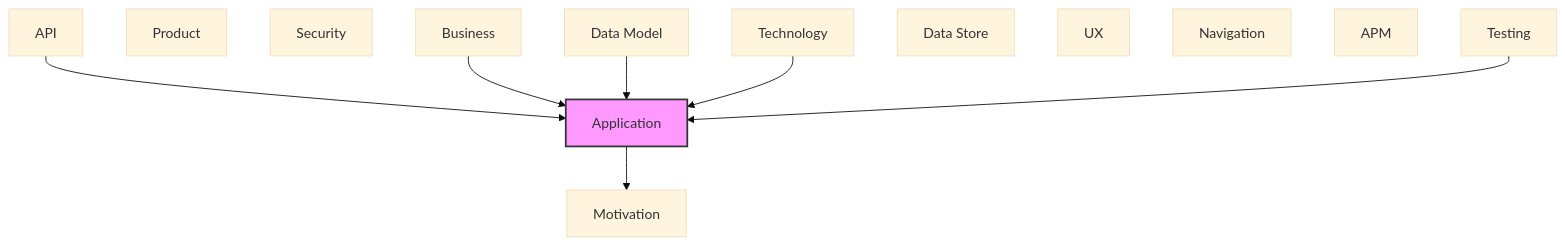
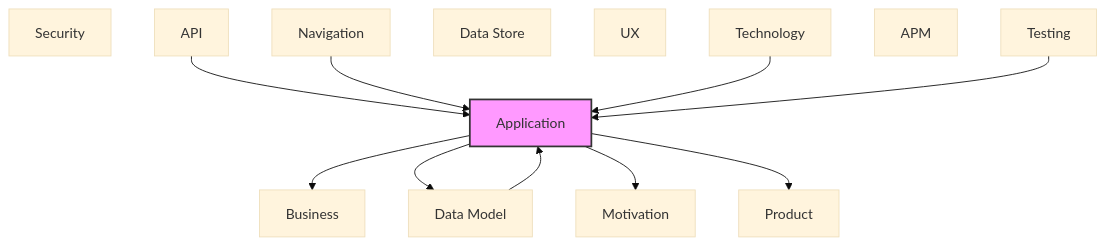
One commit to tinkermonkey/heimdall changed the diagram in documentation-robotics/reports/05-application-layer-report.md. Above: the diagram before and after it, drawn with Mermaid (base theme). The commit also changed other lines of this file and 50 other files, not shown here.

````diff
--- a/documentation-robotics/reports/05-application-layer-report.md
+++ b/documentation-robotics/reports/05-application-layer-report.md
@@ -70,24 +131,27 @@
 ```mermaid
 flowchart TB
   classDef current fill:#f9f,stroke:#333,stroke-width:2px
   motivation["Motivation"]
   business["Business"]
   product["Product"]
   security["Security"]
   application["Application"]
   technology["Technology"]
   api["API"]
   data_model["Data Model"]
   data_store["Data Store"]
   ux["UX"]
   navigation["Navigation"]
   apm["APM"]
   testing["Testing"]
   api --> application
+  application --> business
+  application --> data_model
   application --> motivation
-  business --> application
+  application --> product
   data_model --> application
+  navigation --> application
   technology --> application
   testing --> application
   class application current
 ```
````
